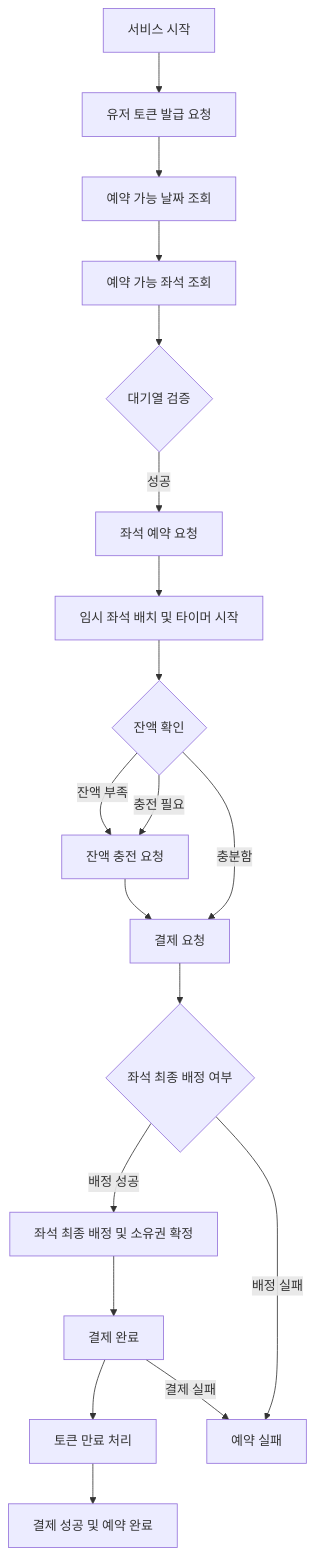
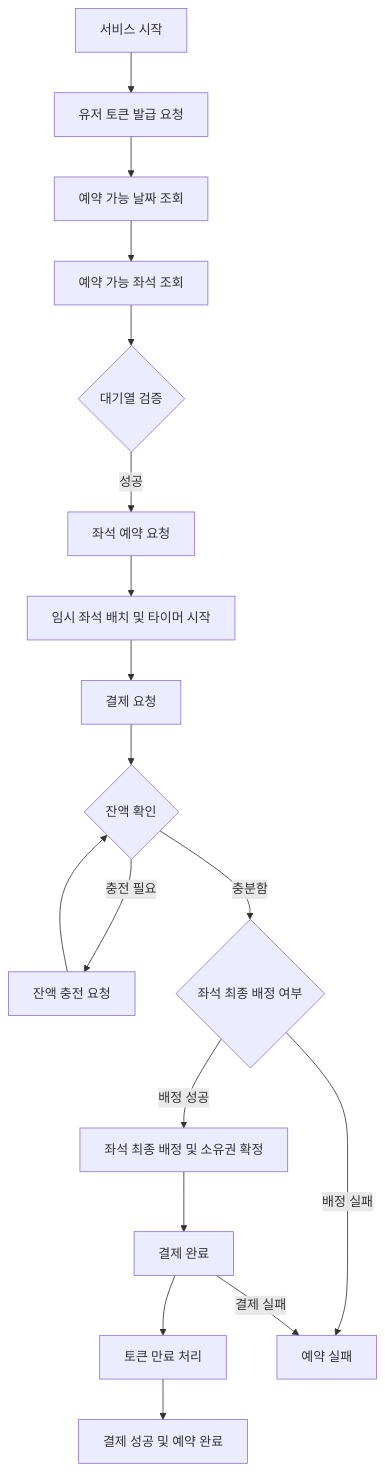
One commit to fatallinverno/hhplus-concert-reservation changed the tenth of 10 diagrams in README.md. Above: the diagram before and after it, drawn with Mermaid. The commit also changed other lines of this file, not shown here.

Commit message:
플로우 차트 및 전체 시퀀스 다이어그램 수정

````diff
--- a/README.md
+++ b/README.md
@@ -210,22 +210,21 @@
 ```mermaid
 flowchart TD
     A[서비스 시작] --> B[유저 토큰 발급 요청]
     B --> C[예약 가능 날짜 조회]
     C --> D[예약 가능 좌석 조회]
     D --> E{대기열 검증}
     E -->|성공| F[좌석 예약 요청]
     F --> G[임시 좌석 배치 및 타이머 시작]
-    G --> H{잔액 확인}
-    H -->|충전 필요| I[잔액 충전 요청]
-    H -->|충분함| J[결제 요청]
-    J --> K{좌석 최종 배정 여부}
+   G --> H[결제 요청]
+    H --> I{잔액 확인}
+    I -->|충전 필요| J[잔액 충전 요청]
+    I -->|충분함| K{좌석 최종 배정 여부}
     K -->|배정 성공| L[좌석 최종 배정 및 소유권 확정]
     L --> M[결제 완료]
     M --> N[토큰 만료 처리]
     N --> O[결제 성공 및 예약 완료]
     
-    H -->|잔액 부족| I
-    I --> J
+    J --> I
     K -->|배정 실패| X[예약 실패]
     M -->|결제 실패| X
 ```
````
